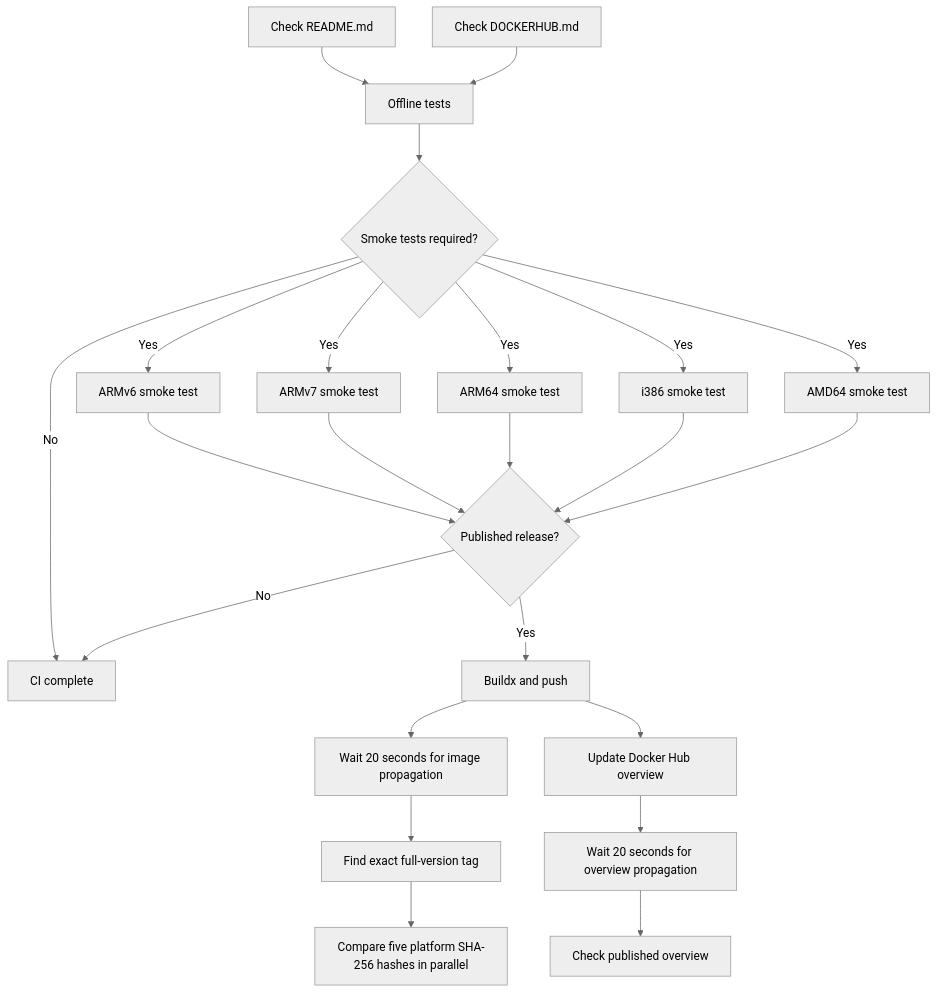
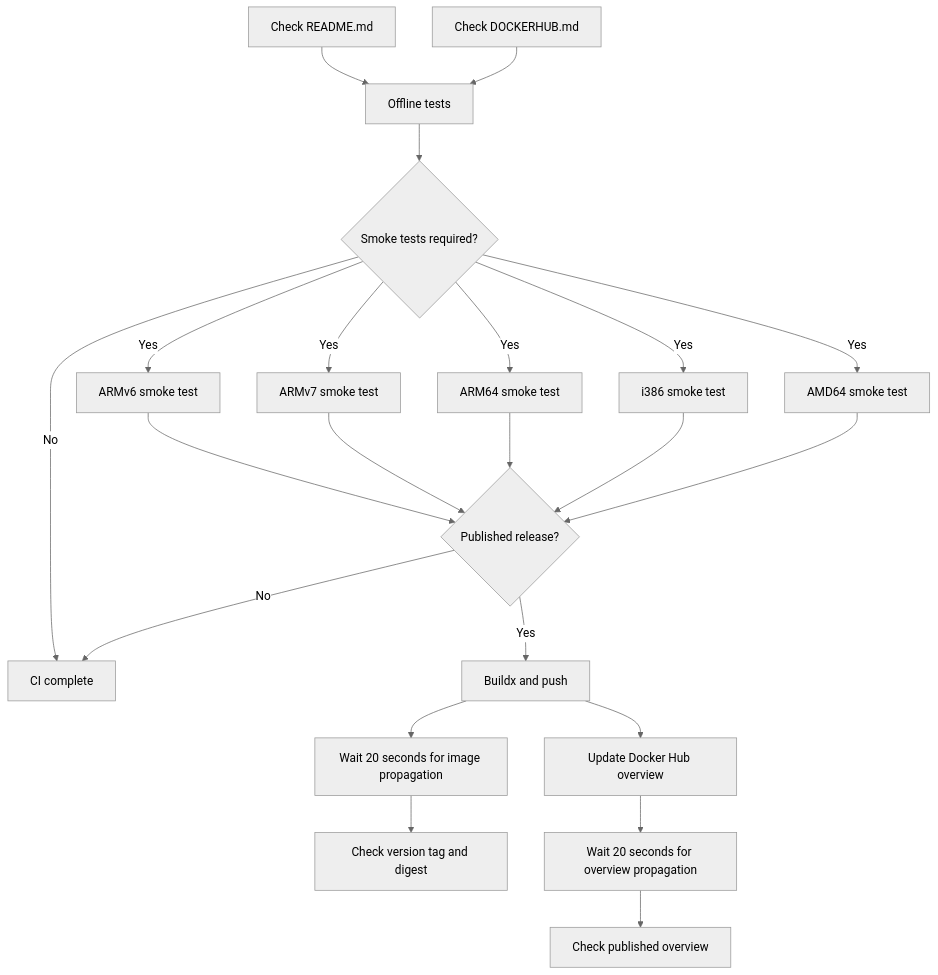
The diagram in README.md (ljgonzalez1/lego-cloudflare-ssl-certgen), drawn with Mermaid (neutral theme) before and after one commit. The commit also changed other lines of this file and 82 other files, not shown here.

````diff
--- a/README.md
+++ b/README.md
@@ -557,25 +626,24 @@
 ```mermaid
 flowchart TD
     Readme["Check README.md"] --> Offline["Offline tests"]
     Hub["Check DOCKERHUB.md"] --> Offline
     Offline --> SmokeGate{"Smoke tests required?"}
     SmokeGate -->|No| Done["CI complete"]
     SmokeGate -->|Yes| V6["ARMv6 smoke test"]
     SmokeGate -->|Yes| V7["ARMv7 smoke test"]
     SmokeGate -->|Yes| ARM64["ARM64 smoke test"]
     SmokeGate -->|Yes| I386["i386 smoke test"]
     SmokeGate -->|Yes| AMD64["AMD64 smoke test"]
     V6 --> Release{"Published release?"}
     V7 --> Release
     ARM64 --> Release
     I386 --> Release
     AMD64 --> Release
     Release -->|No| Done
     Release -->|Yes| Publish["Buildx and push"]
     Publish --> WaitImage["Wait 20 seconds for image propagation"]
-    WaitImage --> Tag["Find exact full-version tag"]
-    Tag --> Hashes["Compare five platform SHA-256 hashes in parallel"]
+    WaitImage --> Tag["Check version tag and digest"]
     Publish --> Update["Update Docker Hub overview"]
     Update --> WaitDescription["Wait 20 seconds for overview propagation"]
     WaitDescription --> Verify["Check published overview"]
 ```
````
